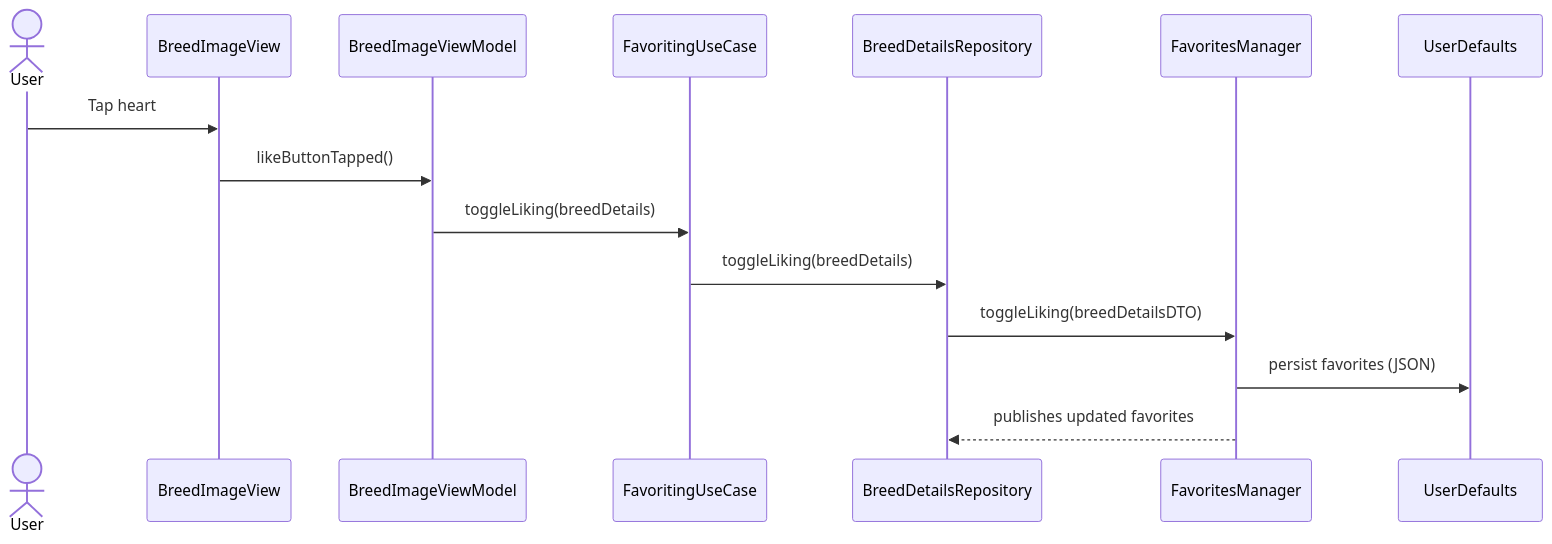
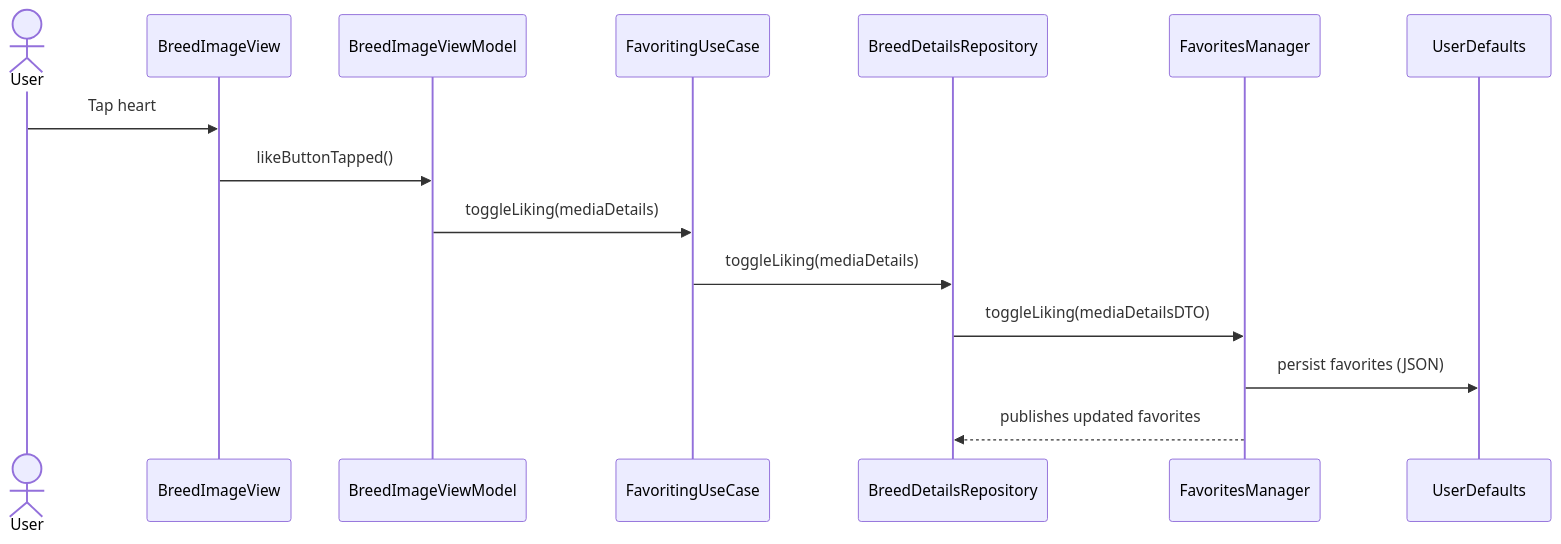
One commit to fuxlud/Movies changed the third of 3 diagrams in README.md. Above: the diagram before and after it, drawn with Mermaid. The commit also changed other lines of this file and 40 other files, not shown here.

````diff
--- a/README.md
+++ b/README.md
@@ -110,18 +110,18 @@
 ```mermaid
 sequenceDiagram
   actor User
   participant View as BreedImageView
   participant VM as BreedImageViewModel
   participant UC as FavoritingUseCase
   participant Repo as BreedDetailsRepository
   participant Fav as FavoritesManager
   participant Store as UserDefaults
 
   User->>View: Tap heart
   View->>VM: likeButtonTapped()
-  VM->>UC: toggleLiking(breedDetails)
-  UC->>Repo: toggleLiking(breedDetails)
-  Repo->>Fav: toggleLiking(breedDetailsDTO)
+  VM->>UC: toggleLiking(mediaDetails)
+  UC->>Repo: toggleLiking(mediaDetails)
+  Repo->>Fav: toggleLiking(mediaDetailsDTO)
   Fav->>Store: persist favorites (JSON)
   Fav-->>Repo: publishes updated favorites
 ```
````
